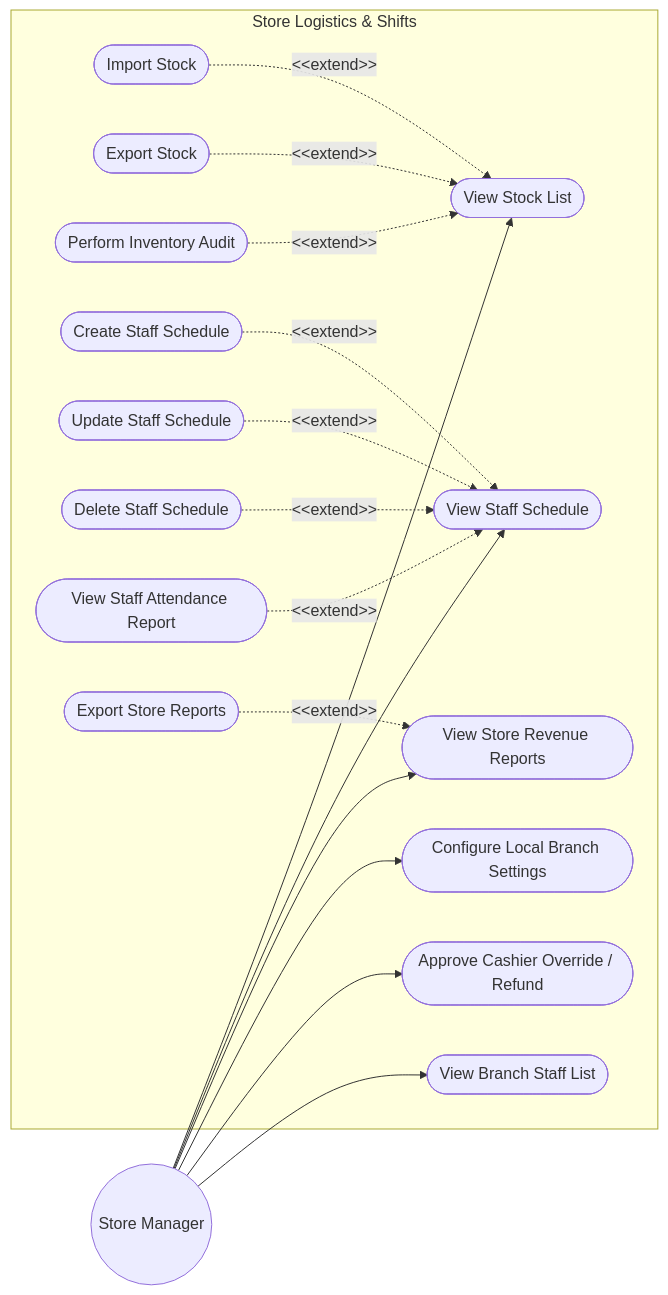
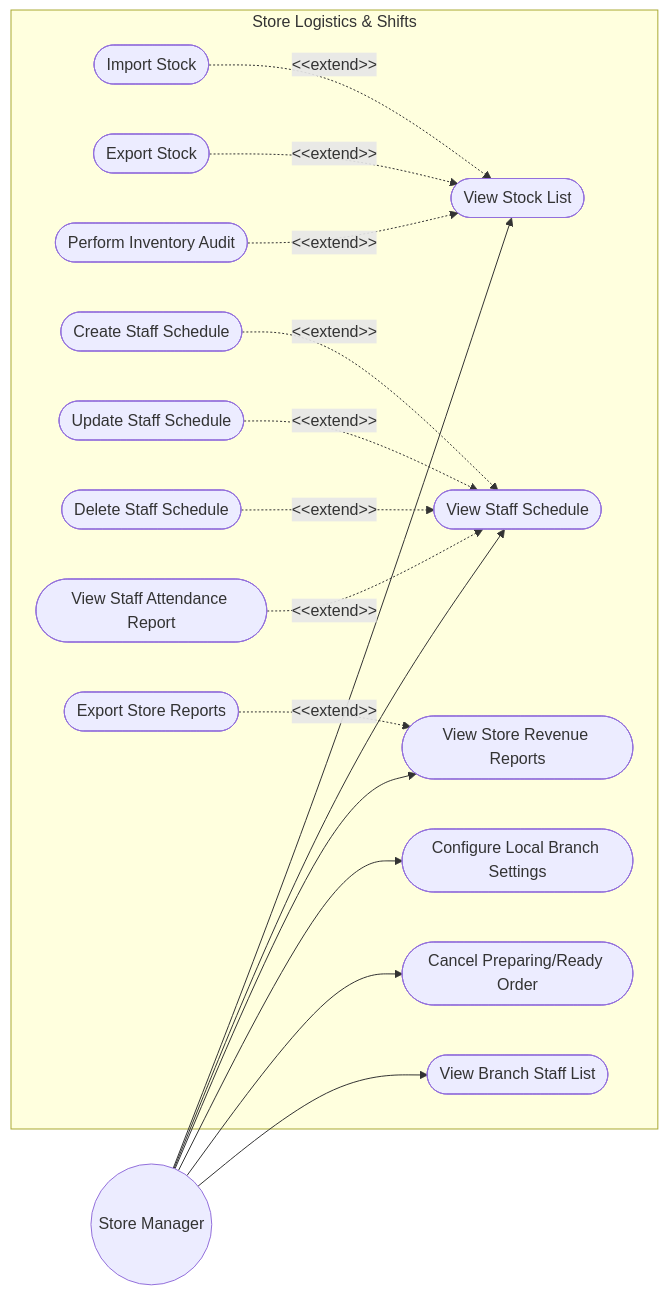
The fourth of 6 diagrams in sections/02_user_requirements.md (Shaichi/Khoga_coffe_shop), drawn with Mermaid before and after one commit. The commit also changed other lines of this file and 6 other files, not shown here.

````diff
--- a/sections/02_user_requirements.md
+++ b/sections/02_user_requirements.md
@@ -168,48 +168,48 @@
 ```mermaid
 graph LR
     %% Actors
     Actor_Manager((Store Manager))
 
     %% Use Cases
     subgraph Store Logistics & Shifts
         UC_ListStock([View Stock List])
         UC_ImportStock([Import Stock])
         UC_ExportStock([Export Stock])
         UC_AuditStock([Perform Inventory Audit])
 
         UC_ViewSchedule([View Staff Schedule])
         UC_CreateSchedule([Create Staff Schedule])
         UC_UpdateSchedule([Update Staff Schedule])
         UC_DeleteSchedule([Delete Staff Schedule])
         UC_ViewAttendance([View Staff Attendance Report])
 
         UC_ViewRevStore([View Store Revenue Reports])
         UC_ExportStoreRev([Export Store Reports])
         
         UC_ConfigBranch([Configure Local Branch Settings])
-        UC_ApproveOverride([Approve Cashier Override / Refund])
+        UC_ApproveOverride([Cancel Preparing/Ready Order])
         UC_ViewStaffList([View Branch Staff List])
     end
 
     %% Connections
     Actor_Manager --> UC_ListStock
     Actor_Manager --> UC_ViewSchedule
     Actor_Manager --> UC_ViewRevStore
     Actor_Manager --> UC_ConfigBranch
     Actor_Manager --> UC_ApproveOverride
     Actor_Manager --> UC_ViewStaffList
 
     %% Stock extends
     UC_ImportStock -.-> |"&lt;&lt;extend&gt;&gt;"| UC_ListStock
     UC_ExportStock -.-> |"&lt;&lt;extend&gt;&gt;"| UC_ListStock
     UC_AuditStock -.-> |"&lt;&lt;extend&gt;&gt;"| UC_ListStock
 
     %% Schedule extends
     UC_CreateSchedule -.-> |"&lt;&lt;extend&gt;&gt;"| UC_ViewSchedule
     UC_UpdateSchedule -.-> |"&lt;&lt;extend&gt;&gt;"| UC_ViewSchedule
     UC_DeleteSchedule -.-> |"&lt;&lt;extend&gt;&gt;"| UC_ViewSchedule
     UC_ViewAttendance -.-> |"&lt;&lt;extend&gt;&gt;"| UC_ViewSchedule
 
     %% Revenue extends
     UC_ExportStoreRev -.-> |"&lt;&lt;extend&gt;&gt;"| UC_ViewRevStore
 ```
````
